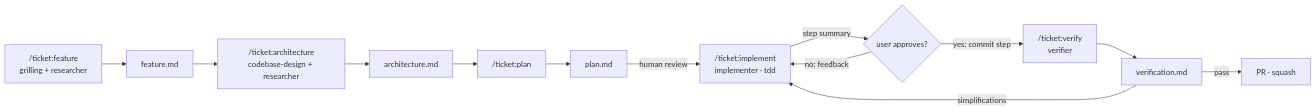
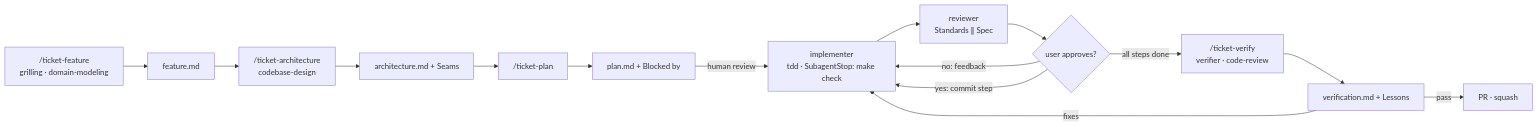
Before and after one commit to khotei/app-template: the third of 3 diagrams in docs/tickets/2026-10-15_monorepo-setup/architecture.md, drawn with Mermaid. The commit also changed other lines of this file and 2 other files, not shown here.

````diff
--- a/docs/tickets/2026-10-15_monorepo-setup/architecture.md
+++ b/docs/tickets/2026-10-15_monorepo-setup/architecture.md
@@ -58,13 +58,15 @@
 ```mermaid
 graph LR
-  F["/ticket:feature<br/>grilling + researcher"] --> FM[feature.md]
-  FM --> A["/ticket:architecture<br/>codebase-design + researcher"] --> AM[architecture.md]
-  AM --> P["/ticket:plan"] --> PM[plan.md]
-  PM -->|human review| I["/ticket:implement<br/>implementer · tdd"]
-  I -->|step summary| G{"user approves?"}
+  F["/ticket-feature<br/>grilling · domain-modeling"] --> FM[feature.md]
+  FM --> A["/ticket-architecture<br/>codebase-design"] --> AM[architecture.md + Seams]
+  AM --> P["/ticket-plan"] --> PM[plan.md + Blocked by]
+  PM -->|human review| I["implementer<br/>tdd · SubagentStop: make check"]
+  I --> R["reviewer<br/>Standards ∥ Spec"]
+  R --> G{"user approves?"}
   G -->|no: feedback| I
-  G -->|yes: commit step| V["/ticket:verify<br/>verifier"]
-  V --> VM[verification.md]
-  VM -->|simplifications| I
+  G -->|yes: commit step| I
+  G -->|all steps done| V["/ticket-verify<br/>verifier · code-review"]
+  V --> VM[verification.md + Lessons]
+  VM -->|fixes| I
   VM -->|pass| PR[PR · squash]
 ```
````
